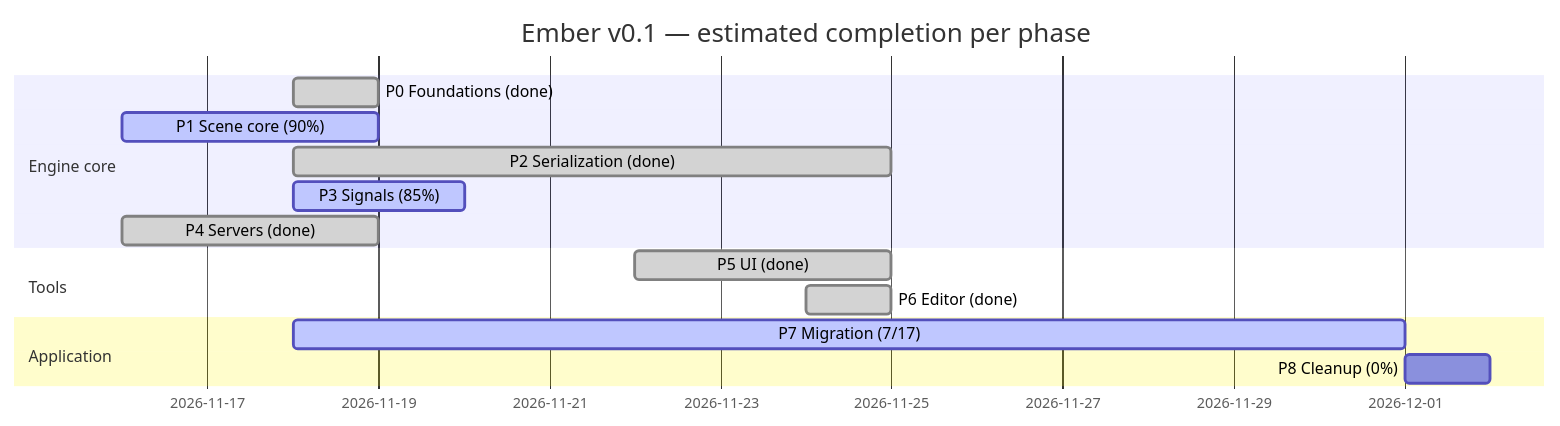
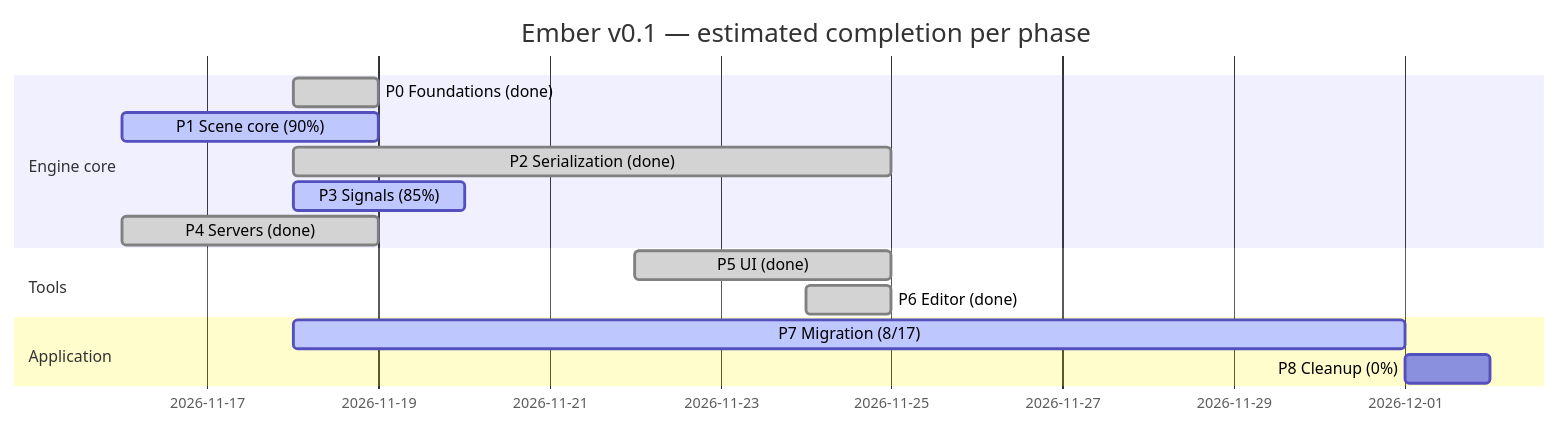
Before and after one commit to titouanthd/ember: the diagram in ember-vault/60 Progress/Roadmap Tracker.md, drawn with Mermaid. The commit also changed other lines of this file and 3 other files, not shown here.

First line of the commit message:
doc(vault-roadmap): Record the Asteroids migration

````diff
--- a/ember-vault/60 Progress/Roadmap Tracker.md
+++ b/ember-vault/60 Progress/Roadmap Tracker.md
@@ -11,17 +11,17 @@
 ```mermaid
 gantt
   dateFormat YYYY-MM-DD
   title Ember v0.1 — estimated completion per phase
   section Engine core
   P0 Foundations (done)  :done, p0, 2026-11-18, 1d
   P1 Scene core (90%)    :active, p1, 2026-11-16, 3d
   P2 Serialization (done):done, p2, 2026-11-18, 7d
   P3 Signals (85%)       :active, p3, 2026-11-18, 2d
   P4 Servers (done)      :done, p4, 2026-11-16, 3d
   section Tools
   P5 UI (done)           :done, p5, 2026-11-22, 3d
   P6 Editor (done)       :done, p6, 2026-11-24, 1d
   section Application
-  P7 Migration (7/17)    :active, p7, 2026-11-18, 13d
+  P7 Migration (8/17)    :active, p7, 2026-11-18, 13d
   P8 Cleanup (0%)        :p8, after p7, 1d
 ```
````
